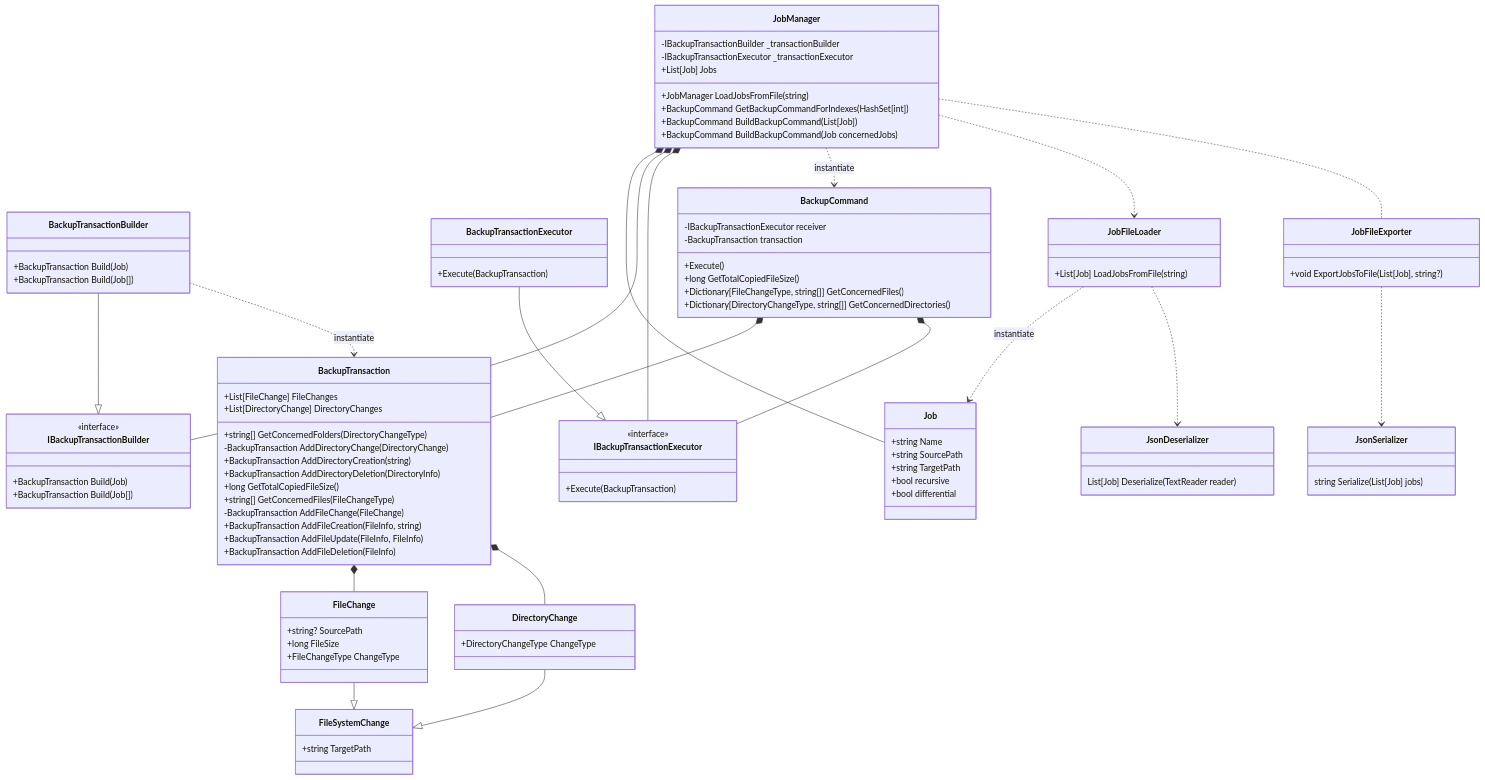
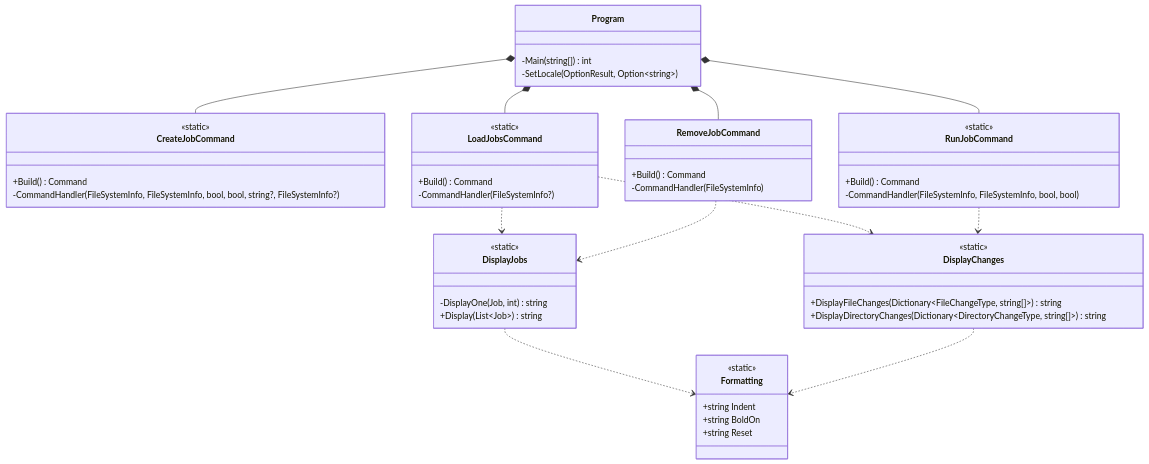
The sixth of 9 diagrams in README.md (kellianb/FISE_A3_SE_BECHTEL), drawn with Mermaid before and after one commit. The commit also changed other lines of this file, not shown here.

Commit message:
updated class diagrams and sort it by project

````diff
--- a/README.md
+++ b/README.md
@@ -288,122 +1010,63 @@
 ```mermaid
 classDiagram
 
-class Job {
-    +string Name
-    +string SourcePath
-    +string TargetPath
-    +bool recursive
-    +bool differential
-}
+        class DisplayChanges {
+            <<static>>
+            +DisplayFileChanges(Dictionary~FileChangeType, string[]~) string
+            +DisplayDirectoryChanges(Dictionary~DirectoryChangeType, string[]~) string
+        }
 
-class FileSystemChange {
-    +string TargetPath
-}
+        class DisplayJobs {
+            <<static>>
+            -DisplayOne(Job, int) string
+            +Display(List~Job~) string
+        }
 
-class FileChange {
-    +string? SourcePath
-    +long FileSize
-    +FileChangeType ChangeType
-}
+        class Formatting {
+            <<static>>
+            +string Indent
+            +string BoldOn
+            +string Reset
+        }
 
-class DirectoryChange {
-    +DirectoryChangeType ChangeType
-}
+        class CreateJobCommand {
+            <<static>>
+            +Build() Command
+            -CommandHandler(FileSystemInfo, FileSystemInfo, bool, bool, string?, FileSystemInfo?)
+        }
 
+        class LoadJobsCommand {
+            <<static>>
+            +Build() Command
+            -CommandHandler(FileSystemInfo?)
+        }
 
-class BackupTransaction {
-    +List[FileChange] FileChanges
-    +List[DirectoryChange] DirectoryChanges
-    +string[] GetConcernedFolders(DirectoryChangeType)
-    -BackupTransaction AddDirectoryChange(DirectoryChange)
-    +BackupTransaction AddDirectoryCreation(string)
-    +BackupTransaction AddDirectoryDeletion(DirectoryInfo)
-    +long GetTotalCopiedFileSize()
-    +string[] GetConcernedFiles(FileChangeType)
-    -BackupTransaction AddFileChange(FileChange)
-    +BackupTransaction AddFileCreation(FileInfo, string)
-    +BackupTransaction AddFileUpdate(FileInfo, FileInfo)
-    +BackupTransaction AddFileDeletion(FileInfo)
-}
+        class RemoveJobCommand {
+            +Build() Command
+            -CommandHandler(FileSystemInfo)
+        }
 
-class IBackupTransactionBuilder {
-    <<interface>>
-    +BackupTransaction Build(Job)
-    +BackupTransaction Build(Job[])
-}
+        class RunJobCommand {
+            <<static>>
+            +Build() Command
+            -CommandHandler(FileSystemInfo, FileSystemInfo, bool, bool)
+        }
 
-class BackupTransactionBuilder {
-    +BackupTransaction Build(Job)
-    +BackupTransaction Build(Job[])
-}
+        class Program {
+            -Main(string[]) int
+            -SetLocale(OptionResult, Option~string~)
+        }
+    
+    LoadJobsCommand ..> DisplayJobs
+    LoadJobsCommand ..> DisplayChanges
+    RemoveJobCommand ..> DisplayJobs
+    RunJobCommand ..> DisplayChanges
 
-class JobManager {
-    -IBackupTransactionBuilder _transactionBuilder
-    -IBackupTransactionExecutor _transactionExecutor
-    +List[Job] Jobs
-    +JobManager LoadJobsFromFile(string)
-    +BackupCommand GetBackupCommandForIndexes(HashSet[int])
-    +BackupCommand BuildBackupCommand(List[Job])
-    +BackupCommand BuildBackupCommand(Job concernedJobs)
-}
+    DisplayJobs ..> Formatting
+    DisplayChanges ..> Formatting
 
-class IBackupTransactionExecutor {
-    <<interface>>
-    +Execute(BackupTransaction)
-}
-
-class BackupTransactionExecutor {
-    +Execute(BackupTransaction)
-}
-
-class BackupCommand {
-    -IBackupTransactionExecutor receiver
-    -BackupTransaction transaction
-    +Execute()
-    +long GetTotalCopiedFileSize()
-    +Dictionary[FileChangeType, string[]] GetConcernedFiles()
-    +Dictionary[DirectoryChangeType, string[]] GetConcernedDirectories()
-}
-
-class JobFileLoader {
-    +List[Job] LoadJobsFromFile(string)
-}
-
-class JsonDeserializer {
-    List[Job] Deserialize(TextReader reader)
-}
-
-class JobFileExporter {
-    +void ExportJobsToFile(List[Job], string?)
-}
-
-class JsonSerializer {
-    string Serialize(List[Job] jobs)
-}
-
-JobManager *-- Job
-FileChange --|> FileSystemChange
-DirectoryChange --|> FileSystemChange
-BackupTransaction *-- FileChange
-BackupTransaction *-- DirectoryChange
-BackupTransactionExecutor --|> IBackupTransactionExecutor
-
-BackupTransactionBuilder --|> IBackupTransactionBuilder
-BackupTransactionBuilder ..> BackupTransaction : instantiate
-
-JobManager *--IBackupTransactionBuilder
-JobManager *--IBackupTransactionExecutor
-BackupCommand *-- BackupTransaction
-BackupCommand *-- IBackupTransactionExecutor
-
-JobManager ..> BackupCommand : instantiate 
-
-JobManager ..> JobFileLoader
-
-JobFileLoader ..> Job : instantiate
-JobFileLoader ..> JsonDeserializer
-
-JobManager ..JobFileExporter
-
-JobFileExporter ..> JsonSerializer
+    Program *-- CreateJobCommand
+    Program *-- LoadJobsCommand
+    Program *-- RemoveJobCommand
+    Program *-- RunJobCommand
 ```
````
